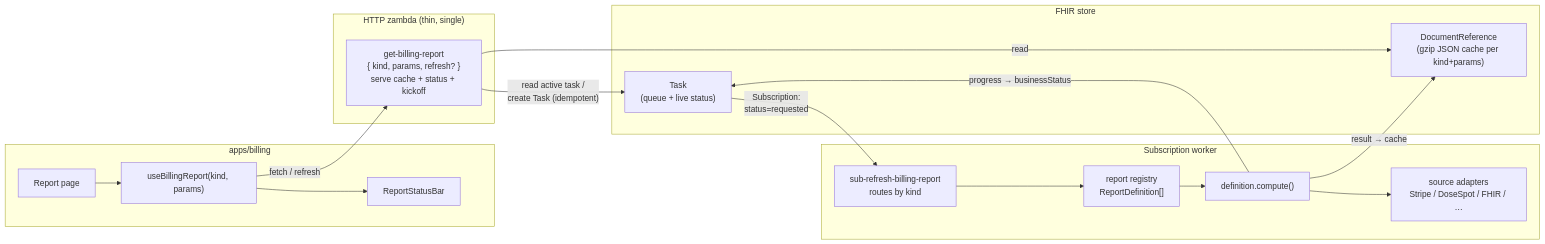
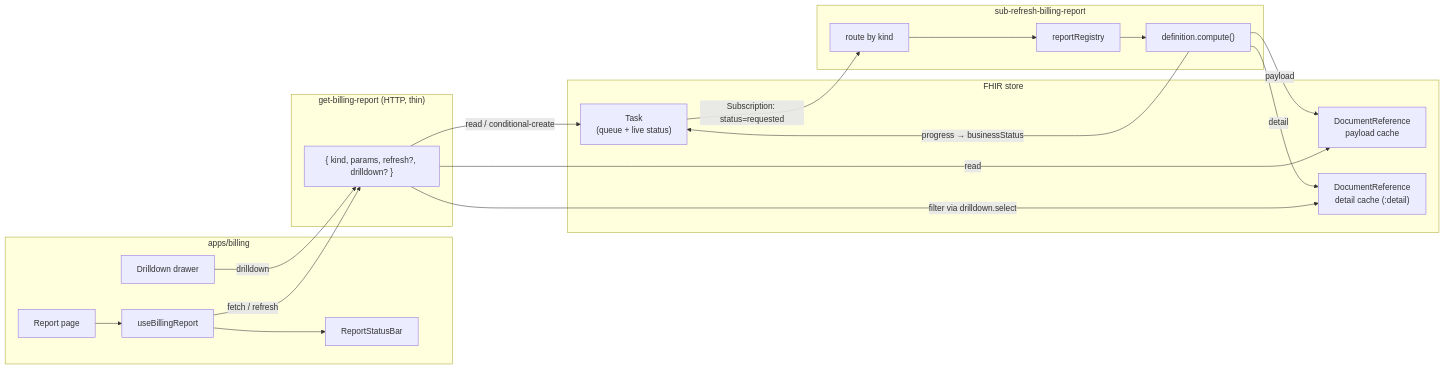
The first of 3 diagrams in docs/billing-report-refresh-framework.md (masslight/ottehr), drawn with Mermaid before and after one commit. The commit also changed other lines of this file and 1 other file, not shown here.

````diff
--- a/docs/billing-report-refresh-framework.md
+++ b/docs/billing-report-refresh-framework.md
@@ -48,29 +28,33 @@
 ```mermaid
 flowchart LR
     subgraph Frontend["apps/billing"]
-        Page["Report page"] --> Hook["useBillingReport(kind, params)"]
+        Page["Report page"] --> Hook["useBillingReport"]
         Hook --> StatusBar["ReportStatusBar"]
+        Drawer["Drilldown drawer"]
     end
 
-    subgraph HTTP["HTTP zambda (thin, single)"]
-        GetReport["get-billing-report<br/>{ kind, params, refresh? }<br/>serve cache + status + kickoff"]
+    subgraph HTTP["get-billing-report (HTTP, thin)"]
+        GetReport["{ kind, params, refresh?, drilldown? }"]
     end
 
     subgraph FHIR["FHIR store"]
         TaskR["Task<br/>(queue + live status)"]
-        Cache["DocumentReference<br/>(gzip JSON cache per kind+params)"]
+        Cache["DocumentReference<br/>payload cache"]
+        Detail["DocumentReference<br/>detail cache (:detail)"]
     end
 
-    subgraph Worker["Subscription worker"]
-        Sub["sub-refresh-billing-report<br/>routes by kind"] --> Registry["report registry<br/>ReportDefinition[]"]
+    subgraph Worker["sub-refresh-billing-report"]
+        Sub["route by kind"] --> Registry["reportRegistry"]
         Registry --> Compute["definition.compute()"]
-        Compute --> Sources["source adapters<br/>Stripe / DoseSpot / FHIR / …"]
     end
 
     Hook -- "fetch / refresh" --> GetReport
+    Drawer -- "drilldown" --> GetReport
     GetReport -- read --> Cache
-    GetReport -- "read active task /<br/>create Task (idempotent)" --> TaskR
-    TaskR -- "Subscription:<br/>status=requested" --> Sub
+    GetReport -- "filter via drilldown.select" --> Detail
+    GetReport -- "read / conditional-create" --> TaskR
+    TaskR -- "Subscription: status=requested" --> Sub
     Compute -- "progress → businessStatus" --> TaskR
-    Compute -- "result → cache" --> Cache
+    Compute -- "payload" --> Cache
+    Compute -- "detail" --> Detail
 ```
````
